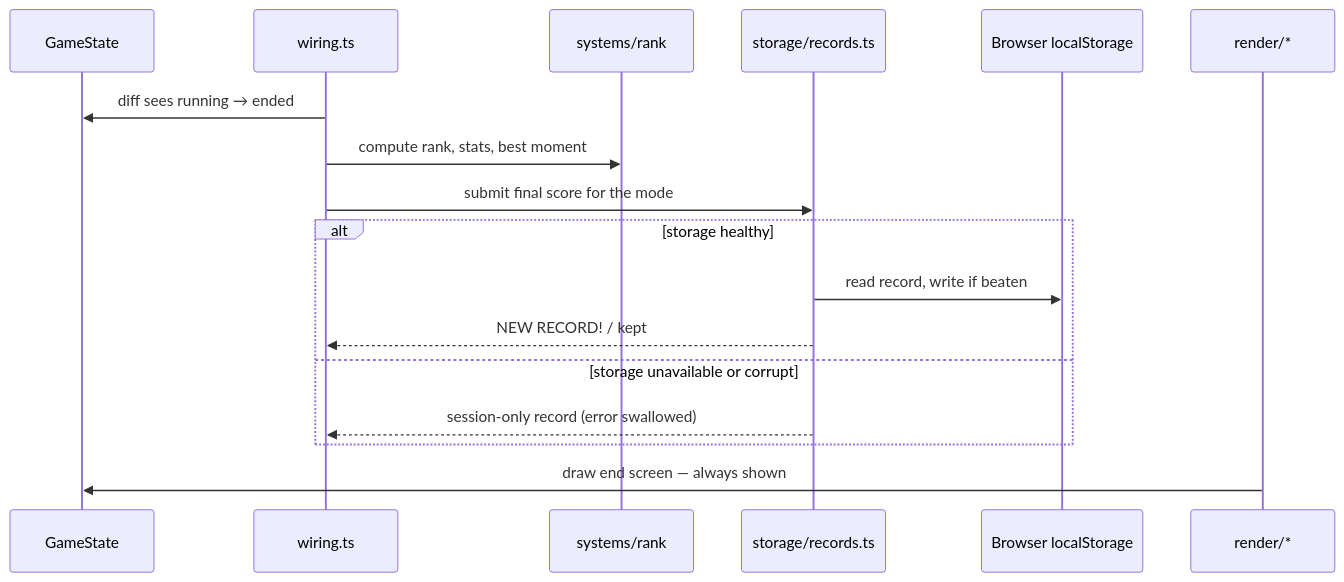
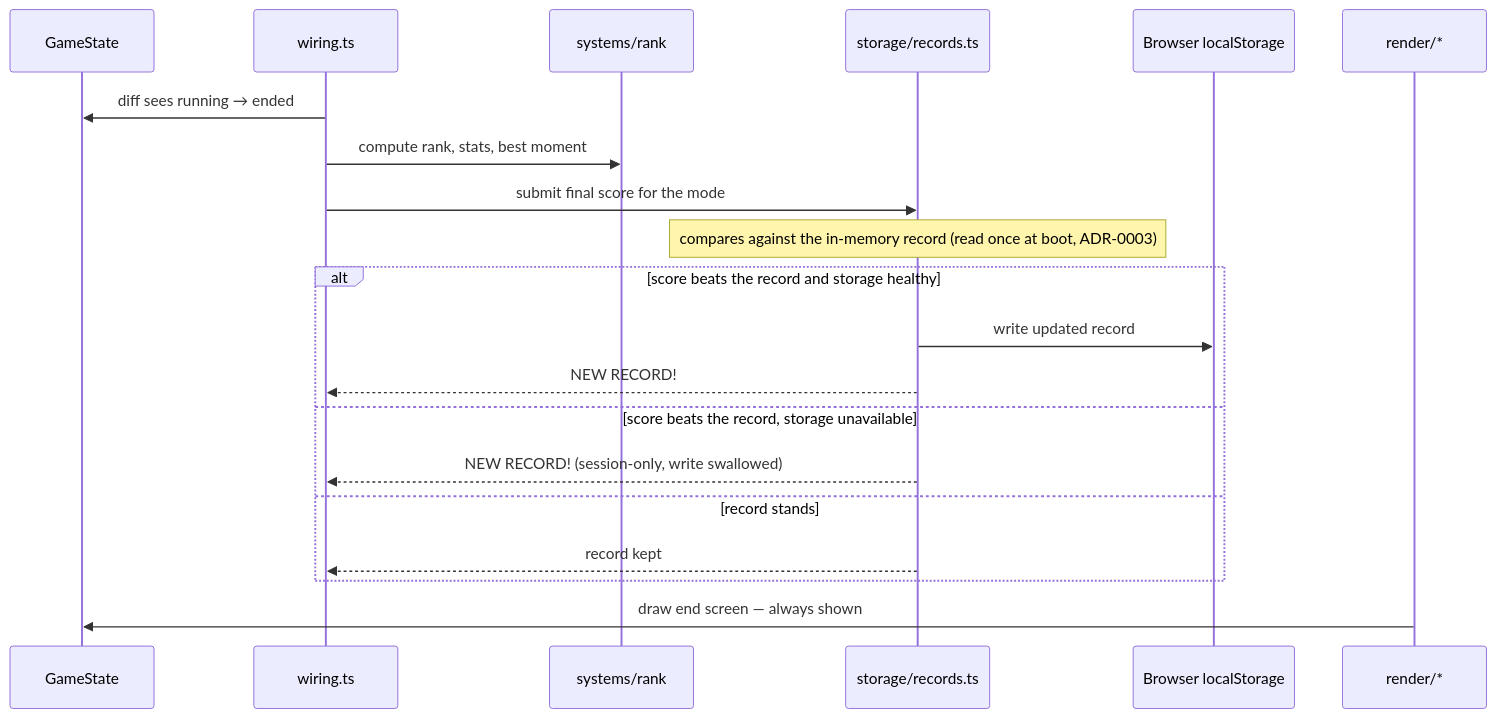
One commit to Appolinars/doom-shooter changed the fifth of 6 diagrams in docs/features/survival-loop/sad.md. Above: the diagram before and after it, drawn with Mermaid. The commit also changed other lines of this file and 1 other file, not shown here.

Commit message:
feat(survival-loop): sad finalization (critic pass) — flow-3 read-once fix, cap-helper wording, ADR-0004 options honesty
Claude-Session: https://claude.ai/code/session_01LUpf3asVeCCqgQzLxzDgJ2

````diff
--- a/docs/features/survival-loop/sad.md
+++ b/docs/features/survival-loop/sad.md
@@ -244,19 +244,22 @@
 ```mermaid
 sequenceDiagram
     participant state as GameState
     participant wiring as wiring.ts
     participant rank as systems/rank
     participant records as storage/records.ts
     participant ls as Browser localStorage
     participant renderer as render/*
     wiring->>state: diff sees running → ended
     wiring->>rank: compute rank, stats, best moment
     wiring->>records: submit final score for the mode
-    alt storage healthy
-        records->>ls: read record, write if beaten
-        records-->>wiring: NEW RECORD! / kept
-    else storage unavailable or corrupt
-        records-->>wiring: session-only record (error swallowed)
+    Note over records: compares against the in-memory record (read once at boot, ADR-0003)
+    alt score beats the record and storage healthy
+        records->>ls: write updated record
+        records-->>wiring: NEW RECORD!
+    else score beats the record, storage unavailable
+        records-->>wiring: NEW RECORD! (session-only, write swallowed)
+    else record stands
+        records-->>wiring: record kept
     end
     renderer->>state: draw end screen — always shown
 ```
````
